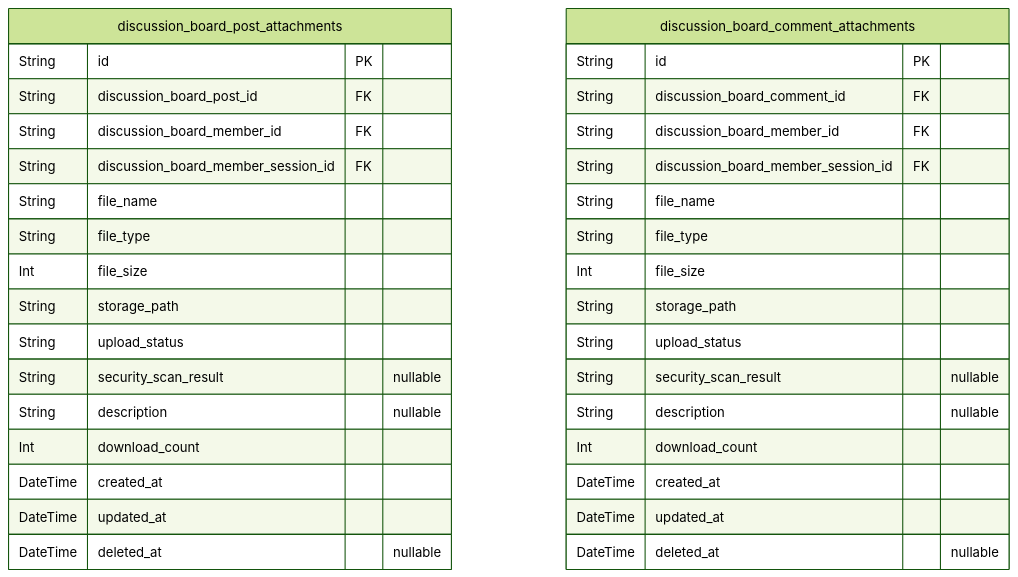
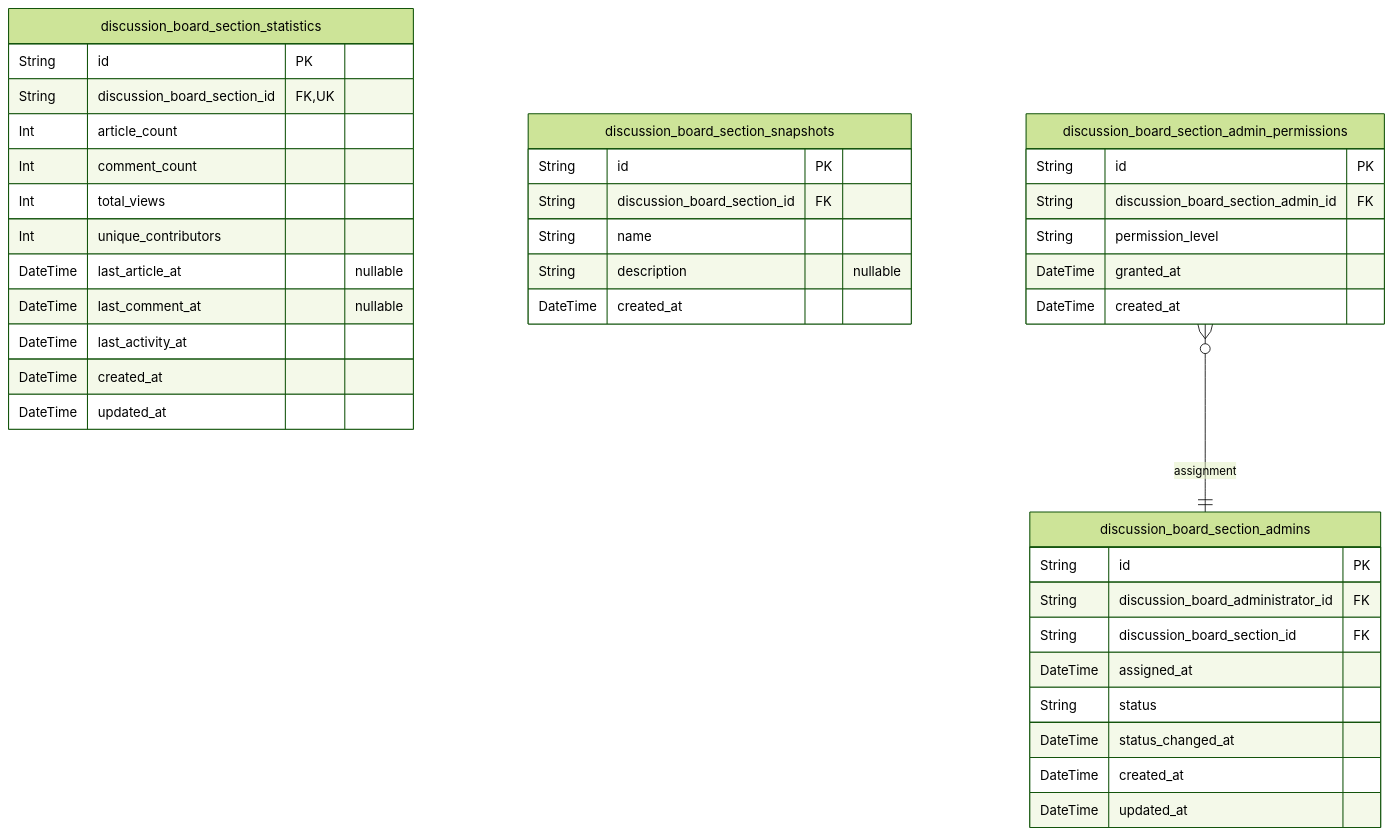
Before and after one commit to wrtnlabs/autobe-examples: the fourth of 8 diagrams in deepseek/deepseek-v3.1-terminus-exacto/bbs/docs/ERD.md, drawn with Mermaid (forest theme). The commit also changed other lines of this file and 9391 other files, not shown here.

````diff
--- a/deepseek/deepseek-v3.1-terminus-exacto/bbs/docs/ERD.md
+++ b/deepseek/deepseek-v3.1-terminus-exacto/bbs/docs/ERD.md
@@ -495,37 +1110,41 @@
 ```mermaid
 erDiagram
-"discussion_board_post_attachments" {
+"discussion_board_section_statistics" {
   String id PK
-  String discussion_board_post_id FK
-  String discussion_board_member_id FK
-  String discussion_board_member_session_id FK
-  String file_name
-  String file_type
-  Int file_size
-  String storage_path
-  String upload_status
-  String security_scan_result "nullable"
-  String description "nullable"
-  Int download_count
+  String discussion_board_section_id FK,UK
+  Int article_count
+  Int comment_count
+  Int total_views
+  Int unique_contributors
+  DateTime last_article_at "nullable"
+  DateTime last_comment_at "nullable"
+  DateTime last_activity_at
   DateTime created_at
   DateTime updated_at
-  DateTime deleted_at "nullable"
 }
-"discussion_board_comment_attachments" {
+"discussion_board_section_admins" {
   String id PK
-  String discussion_board_comment_id FK
-  String discussion_board_member_id FK
-  String discussion_board_member_session_id FK
-  String file_name
-  String file_type
-  Int file_size
-  String storage_path
-  String upload_status
-  String security_scan_result "nullable"
-  String description "nullable"
-  Int download_count
+  String discussion_board_administrator_id FK
+  String discussion_board_section_id FK
+  DateTime assigned_at
+  String status
+  DateTime status_changed_at
   DateTime created_at
   DateTime updated_at
-  DateTime deleted_at "nullable"
 }
+"discussion_board_section_snapshots" {
+  String id PK
+  String discussion_board_section_id FK
+  String name
+  String description "nullable"
+  DateTime created_at
+}
+"discussion_board_section_admin_permissions" {
+  String id PK
+  String discussion_board_section_admin_id FK
+  String permission_level
+  DateTime granted_at
+  DateTime created_at
+}
+"discussion_board_section_admin_permissions" }o--|| "discussion_board_section_admins" : assignment
 ```
````
